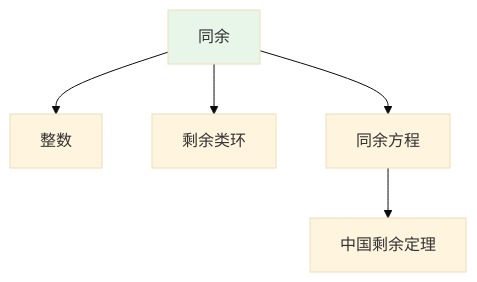
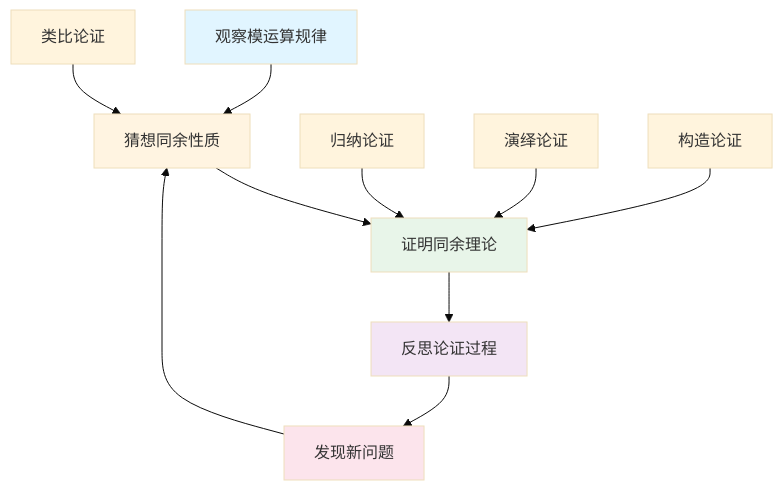
One commit to AdaMartin18010/FormalMath changed the fifth of 11 diagrams in concept/核心概念/27-同余.md. Above: the diagram before and after it, drawn with Mermaid (base theme). The commit also changed other lines of this file and 4793 other files, not shown here.

````diff
--- a/concept/核心概念/27-同余.md
+++ b/concept/核心概念/27-同余.md
@@ -731,9 +1427,19 @@
 ```mermaid
 graph TD
-    A[同余] --> B[整数]
-    A --> C[剩余类环]
-    A --> D[同余方程]
-    D --> E[中国剩余定理]
+    A[观察模运算规律] --> B[猜想同余性质]
+    B --> C[证明同余理论]
+    C --> D[反思论证过程]
+    D --> E[发现新问题]
+    E --> B
 
-    style A fill:#e8f5e9
+    F[归纳论证] --> C
+    G[演绎论证] --> C
+    H[类比论证] --> B
+    I[构造论证] --> C
+
+    style A fill:#e1f5ff
+    style B fill:#fff4e1
+    style C fill:#e8f5e9
+    style D fill:#f3e5f5
+    style E fill:#fce4ec
 ```
````
